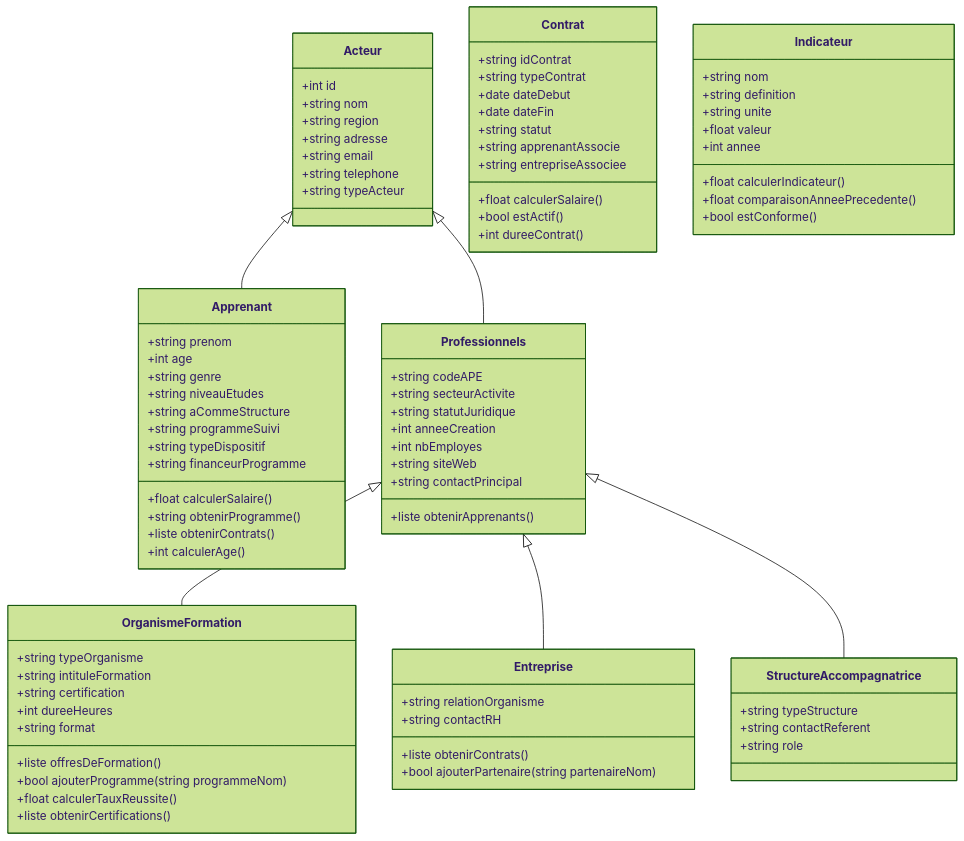
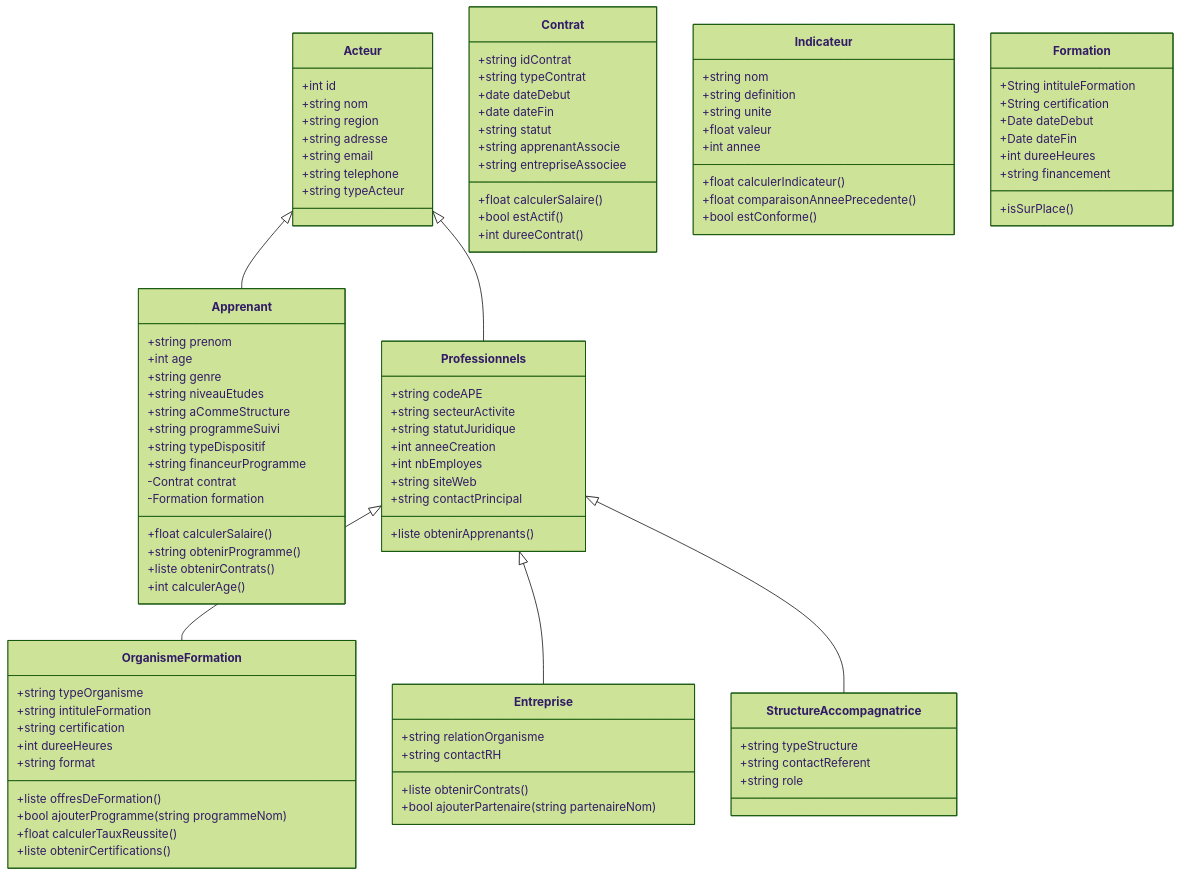
One commit to bouzidifatimazohra00-ux/inclusion-numerique-93 changed the diagram in acteurs.md. Above: the diagram before and after it, drawn with Mermaid (forest theme).

Commit message:
Add attribute Apprenant

````diff
--- a/acteurs.md
+++ b/acteurs.md
@@ -37,7 +37,9 @@
   +string aCommeStructure
   +string programmeSuivi       
   +string typeDispositif       
-  +string financeurProgramme   
+  +string financeurProgramme
+  -Contrat contrat
+  -Formation formation  
   +float calculerSalaire()
   +string obtenirProgramme()
   +liste obtenirContrats()
@@ -92,4 +94,14 @@
   +float comparaisonAnneePrecedente()
   +bool estConforme()
 }
+
+class Formation {
+  +String intituleFormation
+  +String certification
+  +Date dateDebut
+  +Date dateFin
+  +int dureeHeures
+  +string financement
+  +isSurPlace()
+}
 ```
````
